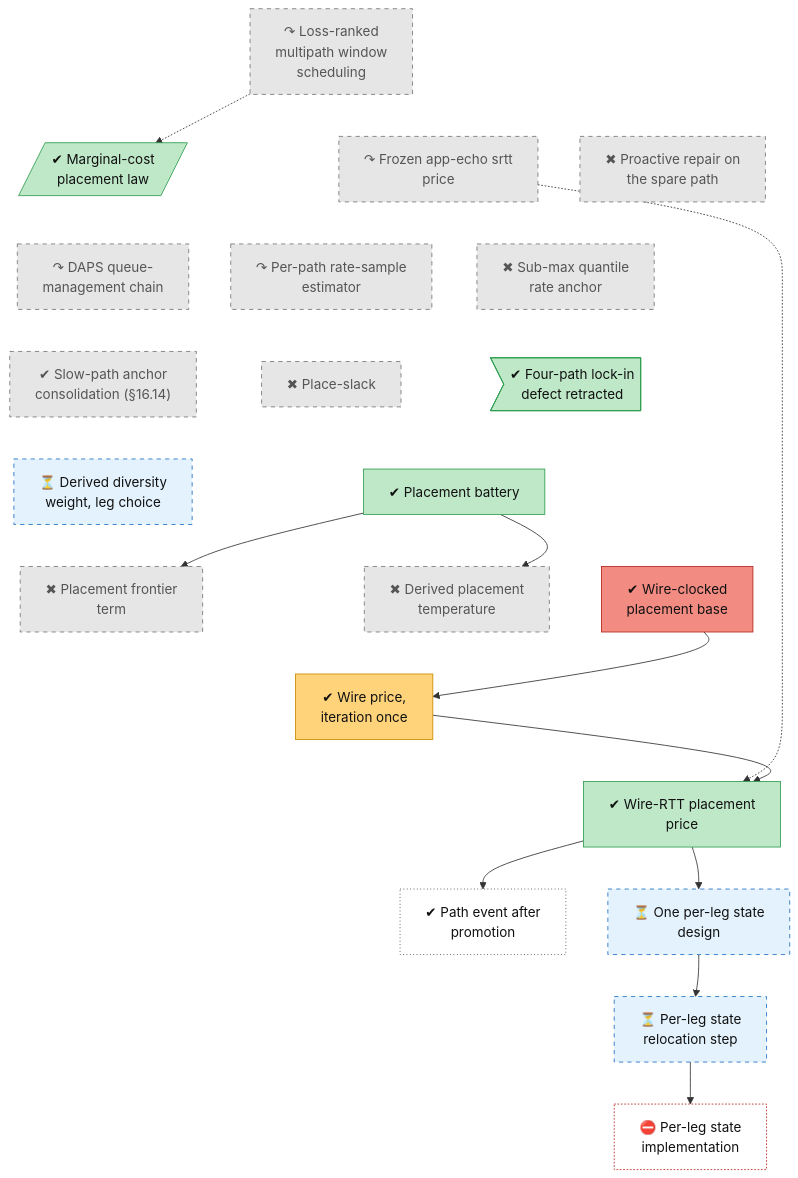
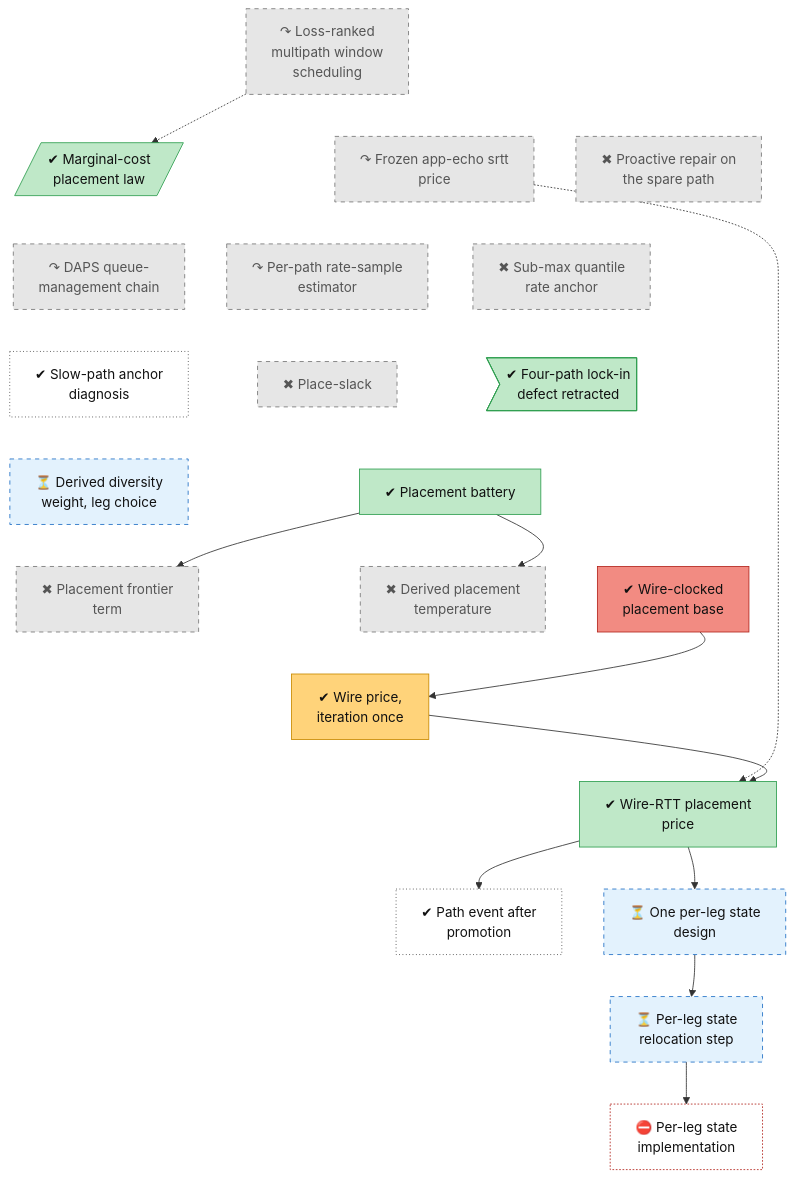
The diagram in docs/roadmap/tracks/place.md (lhns/raptorpath), drawn with Mermaid before and after one commit. The commit also changed other lines of this file and 17 other files, not shown here.

First line of the commit message:
roadmap: apply the merged-roadmap review

````diff
--- a/docs/roadmap/tracks/place.md
+++ b/docs/roadmap/tracks/place.md
@@ -10,78 +10,78 @@
 ```mermaid
 flowchart TB
     place_early_window_sched["↷ Loss-ranked<br/>multipath window<br/>scheduling"]
     place_marginal_cost[/"✔ Marginal-cost<br/>placement law"/]
     place_frozen_echo["↷ Frozen app-echo srtt<br/>price"]
     place_spare_repair["✖ Proactive repair on<br/>the spare path"]
     place_daps["↷ DAPS queue-<br/>management chain"]
     place_rate_sample["↷ Per-path rate-sample<br/>estimator"]
     place_submax_anchor["✖ Sub-max quantile<br/>rate anchor"]
-    place_anchor_consolidate["✔ Slow-path anchor<br/>consolidation (#167;16.14)"]
+    place_anchor_consolidate["✔ Slow-path anchor<br/>diagnosis"]
     place_slack["✖ Place-slack"]
     place_quad_lockin>"✔ Four-path lock-in<br/>defect retracted"]
     place_wdiv["⏳ Derived diversity<br/>weight, leg choice"]
     place_stage2_battery["✔ Placement battery"]
     place_hol["✖ Placement frontier<br/>term"]
     place_t_derived["✖ Derived placement<br/>temperature"]
     place_s38_wire["✔ Wire-clocked<br/>placement base"]
     place_s41_iteration["✔ Wire price,<br/>iteration once"]
     place_wire_price["✔ Wire-RTT placement<br/>price"]
     place_path_event["✔ Path event after<br/>promotion"]
     place_per_leg_state["⏳ One per-leg state<br/>design"]
     place_per_leg_relocate["⏳ Per-leg state<br/>relocation step"]
     place_per_leg_impl["⛔ Per-leg state<br/>implementation"]
     place_early_window_sched ~~~ place_marginal_cost
     place_early_window_sched ~~~ place_frozen_echo
     place_early_window_sched ~~~ place_spare_repair
     place_marginal_cost ~~~ place_daps
     place_frozen_echo ~~~ place_rate_sample
     place_spare_repair ~~~ place_submax_anchor
     place_daps ~~~ place_anchor_consolidate
     place_rate_sample ~~~ place_slack
     place_submax_anchor ~~~ place_quad_lockin
     place_anchor_consolidate ~~~ place_wdiv
     place_slack ~~~ place_stage2_battery
     place_quad_lockin ~~~ place_stage2_battery
     place_wdiv ~~~ place_hol
     place_stage2_battery ~~~ place_t_derived
     place_stage2_battery ~~~ place_s38_wire
     place_hol ~~~ place_s41_iteration
     place_t_derived ~~~ place_s41_iteration
     place_s38_wire ~~~ place_s41_iteration
     place_s41_iteration ~~~ place_wire_price
     place_wire_price ~~~ place_path_event
     place_wire_price ~~~ place_per_leg_state
     place_path_event ~~~ place_per_leg_relocate
     place_per_leg_state ~~~ place_per_leg_relocate
     place_per_leg_relocate ~~~ place_per_leg_impl
     place_early_window_sched -.-> place_marginal_cost
     place_frozen_echo -.-> place_wire_price
     place_stage2_battery --> place_hol
     place_stage2_battery --> place_t_derived
     place_s38_wire --> place_s41_iteration
     place_s41_iteration --> place_wire_price
     place_wire_price --> place_path_event
     place_wire_price --> place_per_leg_state
     place_per_leg_state --> place_per_leg_relocate
     place_per_leg_relocate --> place_per_leg_impl
     classDef vsucc fill:#2e9e4f,stroke:#1b6b34,color:#fff
     classDef succ fill:#bfe8c8,stroke:#2e9e4f,color:#111
     classDef mixed fill:#ffd37a,stroke:#c98a00,color:#111
     classDef bad fill:#f28b82,stroke:#b3261e,color:#111
     classDef dead fill:#e6e6e6,stroke:#777,stroke-dasharray:5 5,color:#555
     classDef inprog fill:#a8cdf5,stroke:#1f6fc5,color:#111
     classDef next fill:#fff,stroke:#333,color:#111
     classDef blocked fill:#fff,stroke:#b3261e,stroke-dasharray:2 2,color:#111
     classDef parked fill:#f3f3f3,stroke:#999,color:#555
     classDef unrated fill:#fff,stroke:#333,stroke-dasharray:1 3,color:#111
     classDef userdec fill:#d9c2f0,stroke:#7b3fb5,color:#111
     classDef defect fill:#ffe0b2,stroke:#d84315,stroke-width:2px,color:#111
     classDef waiting fill:#e3f2fd,stroke:#1f6fc5,stroke-dasharray:5 5,color:#111
-    class place_early_window_sched,place_frozen_echo,place_spare_repair,place_daps,place_rate_sample,place_submax_anchor,place_anchor_consolidate,place_slack,place_hol,place_t_derived dead
+    class place_early_window_sched,place_frozen_echo,place_spare_repair,place_daps,place_rate_sample,place_submax_anchor,place_slack,place_hol,place_t_derived dead
     class place_marginal_cost,place_quad_lockin,place_stage2_battery,place_wire_price succ
+    class place_anchor_consolidate,place_path_event unrated
     class place_wdiv,place_per_leg_state,place_per_leg_relocate waiting
     class place_s38_wire bad
     class place_s41_iteration mixed
-    class place_path_event unrated
     class place_per_leg_impl blocked
 ```
````
